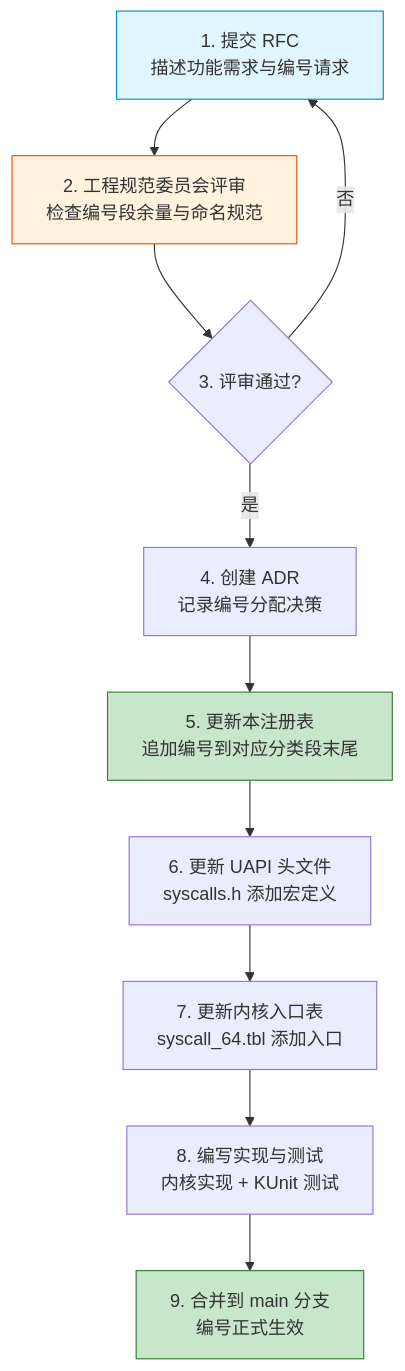
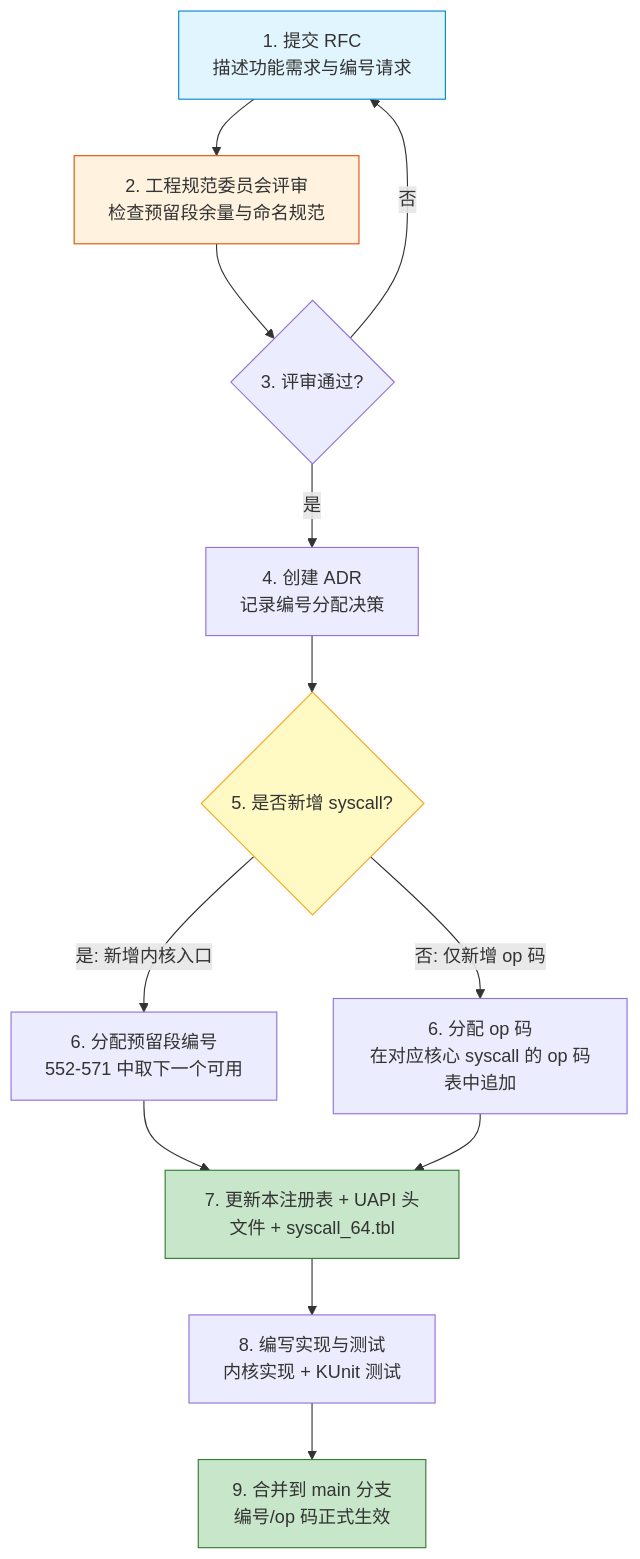
Before and after one commit to SpharxTeam/Docs: the diagram in AirymaxOS/140-application-development/07-syscall-registry.md, drawn with Mermaid. The commit also changed other lines of this file and 50 other files, not shown here.

````diff
--- a/AirymaxOS/140-application-development/07-syscall-registry.md
+++ b/AirymaxOS/140-application-development/07-syscall-registry.md
@@ -519,17 +414,20 @@
 ```mermaid
 graph TD
-    A[1. 提交 RFC<br/>描述功能需求与编号请求] --> B[2. 工程规范委员会评审<br/>检查编号段余量与命名规范]
+    A[1. 提交 RFC<br/>描述功能需求与编号请求] --> B[2. 工程规范委员会评审<br/>检查预留段余量与命名规范]
     B --> C{3. 评审通过?}
     C -->|否| A
     C -->|是| D[4. 创建 ADR<br/>记录编号分配决策]
-    D --> E[5. 更新本注册表<br/>追加编号到对应分类段末尾]
-    E --> F[6. 更新 UAPI 头文件<br/>syscalls.h 添加宏定义]
-    F --> G[7. 更新内核入口表<br/>syscall_64.tbl 添加入口]
-    G --> H[8. 编写实现与测试<br/>内核实现 + KUnit 测试]
-    H --> I[9. 合并到 main 分支<br/>编号正式生效]
+    D --> E{5. 是否新增 syscall?}
+    E -->|是: 新增内核入口| F[6. 分配预留段编号<br/>552-571 中取下一个可用]
+    E -->|否: 仅新增 op 码| G[6. 分配 op 码<br/>在对应核心 syscall 的 op 码表中追加]
+    F --> H[7. 更新本注册表 + UAPI 头文件 + syscall_64.tbl]
+    G --> H
+    H --> I[8. 编写实现与测试<br/>内核实现 + KUnit 测试]
+    I --> J[9. 合并到 main 分支<br/>编号/op 码正式生效]
 
     style A fill:#e1f5fe,stroke:#0288d1
     style B fill:#fff3e0,stroke:#e65100
-    style E fill:#c8e6c9,stroke:#2e7d32
-    style I fill:#c8e6c9,stroke:#2e7d32
+    style E fill:#fff9c4,stroke:#f9a825
+    style H fill:#c8e6c9,stroke:#2e7d32
+    style J fill:#c8e6c9,stroke:#2e7d32
 ```
````
